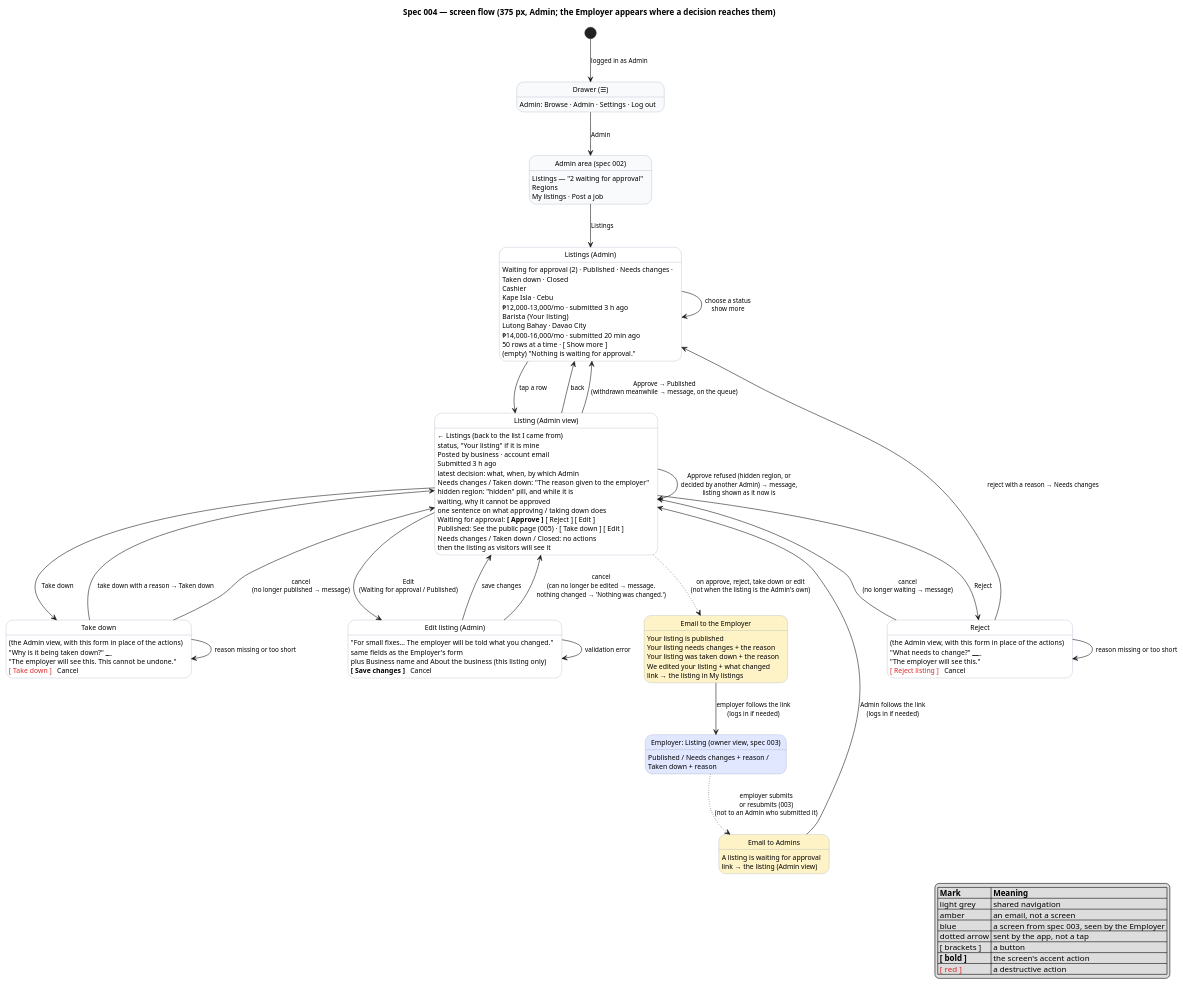
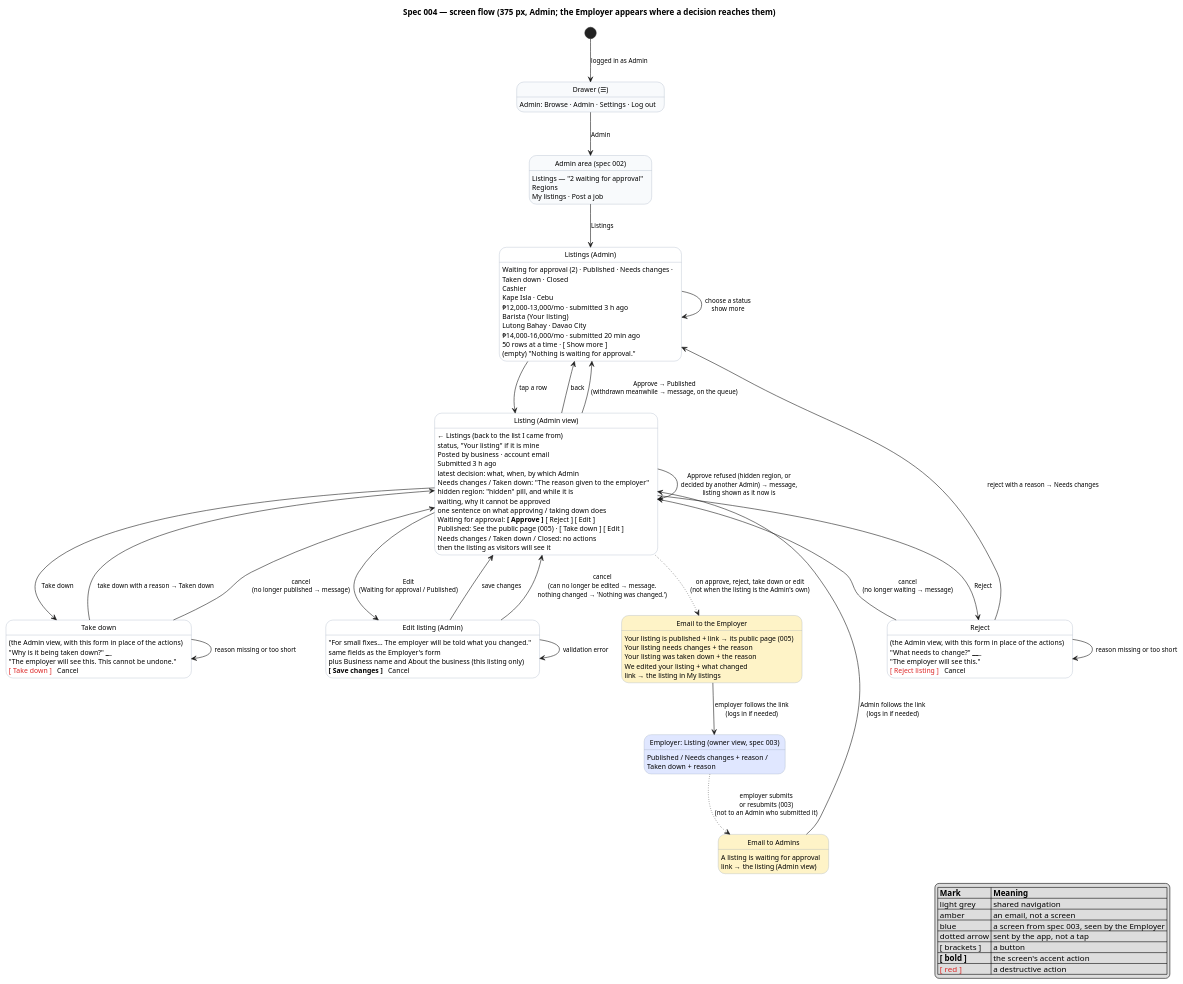
The diagram in docs/specs/004-listings-admin-moderation/diagrams/screenflow-moderation.puml (raseniero/jairojobs-elixir), drawn with PlantUML before and after one commit. The commit also changed 20 other files, not shown here.

Commit message:
feat(listings): the approval email carries the public link (REQ-005-10, REQ-004-9)

```diff
--- a/docs/specs/004-listings-admin-moderation/diagrams/screenflow-moderation.puml
+++ b/docs/specs/004-listings-admin-moderation/diagrams/screenflow-moderation.puml
@@ -1,122 +1,122 @@
 @startuml screenflow-moderation
 ' Spec 004 — screen flow. Each state is a screen (key elements listed); each arrow is a user action.
 ' Every user story US-004-1..11 is a path through this diagram (see table in spec.md).
 
 hide empty description
 skinparam state {
   BackgroundColor white
   BackgroundColor<<public>> #f8fafc
   BackgroundColor<<email>> #fef3c7
   BackgroundColor<<other>> #e0e7ff
   BorderColor #94a3b8
   FontSize 12
 }
 skinparam arrowFontSize 11
 
 title Spec 004 — screen flow (375 px, Admin; the Employer appears where a decision reaches them)
 
 state "Drawer (☰)" as Drawer <<public>>
 Drawer : Admin: Browse · Admin · Settings · Log out
 
 state "Admin area (spec 002)" as AdminArea <<public>>
 AdminArea : Listings — "2 waiting for approval"
 AdminArea : Regions
 AdminArea : My listings · Post a job
 
 state "Listings (Admin)" as Listings
 Listings : Waiting for approval (2) · Published · Needs changes ·
 Listings : Taken down · Closed
 Listings : Cashier
 Listings : Kape Isla · Cebu
 Listings : ₱12,000–13,000/mo · submitted 3 h ago
 Listings : Barista  (Your listing)
 Listings : Lutong Bahay · Davao City
 Listings : ₱14,000–16,000/mo · submitted 20 min ago
 Listings : 50 rows at a time · [ Show more ]
 Listings : (empty) "Nothing is waiting for approval."
 
 state "Listing (Admin view)" as Review
 Review : ← Listings (back to the list I came from)
 Review : status, "Your listing" if it is mine
 Review : Posted by business · account email
 Review : Submitted 3 h ago
 Review : latest decision: what, when, by which Admin
 Review : Needs changes / Taken down: "The reason given to the employer"
 Review : hidden region: "hidden" pill, and while it is
 Review : waiting, why it cannot be approved
 Review : one sentence on what approving / taking down does
 Review : Waiting for approval: **[ Approve ]** [ Reject ] [ Edit ]
 Review : Published: See the public page (005) · [ Take down ] [ Edit ]
 Review : Needs changes / Taken down / Closed: no actions
 Review : then the listing as visitors will see it
 
 state "Reject" as Reject
 Reject : (the Admin view, with this form in place of the actions)
 Reject : "What needs to change?" ___________
 Reject : "The employer will see this."
 Reject : <color:#dc2626>[ Reject listing ]</color>   Cancel
 
 state "Take down" as TakeDown
 TakeDown : (the Admin view, with this form in place of the actions)
 TakeDown : "Why is it being taken down?" ______
 TakeDown : "The employer will see this. This cannot be undone."
 TakeDown : <color:#dc2626>[ Take down ]</color>   Cancel
 
 state "Edit listing (Admin)" as Edit
 Edit : "For small fixes… The employer will be told what you changed."
 Edit : same fields as the Employer's form
 Edit : plus Business name and About the business (this listing only)
 Edit : **[ Save changes ]**   Cancel
 
 state "Email to the Employer" as MailEmployer <<email>>
-MailEmployer : Your listing is published
+MailEmployer : Your listing is published + link → its public page (005)
 MailEmployer : Your listing needs changes + the reason
 MailEmployer : Your listing was taken down + the reason
 MailEmployer : We edited your listing + what changed
 MailEmployer : link → the listing in My listings
 
 state "Email to Admins" as MailAdmins <<email>>
 MailAdmins : A listing is waiting for approval
 MailAdmins : link → the listing (Admin view)
 
 state "Employer: Listing (owner view, spec 003)" as Owner <<other>>
 Owner : Published / Needs changes + reason /
 Owner : Taken down + reason
 
 [*] --> Drawer : logged in as Admin
 Drawer --> AdminArea : Admin
 AdminArea --> Listings : Listings
 Listings --> Listings : choose a status\nshow more
 Listings --> Review : tap a row
 Review --> Listings : back
 Review --> Review : Approve refused (hidden region, or\ndecided by another Admin) → message,\nlisting shown as it now is
 Review --> Listings : Approve → Published\n(withdrawn meanwhile → message, on the queue)
 Review --> Reject : Reject
 Reject --> Listings : reject with a reason → Needs changes
 Reject --> Reject : reason missing or too short
 Reject --> Review : cancel\n(no longer waiting → message)
 Review --> TakeDown : Take down
 TakeDown --> Review : take down with a reason → Taken down
 TakeDown --> TakeDown : reason missing or too short
 TakeDown --> Review : cancel\n(no longer published → message)
 Review --> Edit : Edit\n(Waiting for approval / Published)
 Edit --> Review : save changes
 Edit --> Edit : validation error
 Edit --> Review : cancel\n(can no longer be edited → message.\nnothing changed → 'Nothing was changed.')
 
 Review -[dotted]-> MailEmployer : on approve, reject, take down or edit\n(not when the listing is the Admin's own)
 MailEmployer --> Owner : employer follows the link\n(logs in if needed)
 Owner -[dotted]-> MailAdmins : employer submits\nor resubmits (003)\n(not to an Admin who submitted it)
 MailAdmins --> Review : Admin follows the link\n(logs in if needed)
 
 legend right
   |= Mark |= Meaning |
   | light grey | shared navigation |
   | amber | an email, not a screen |
   | blue | a screen from spec 003, seen by the Employer |
   | dotted arrow | sent by the app, not a tap |
   | [ brackets ] | a button |
   | **[ bold ]** | the screen's accent action |
   | <color:#dc2626>[ red ]</color> | a destructive action |
 endlegend
 @enduml
```
